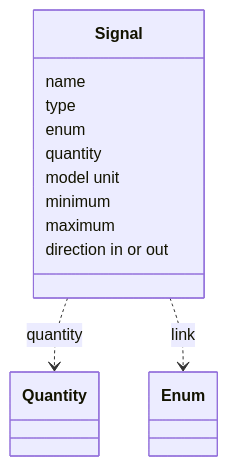
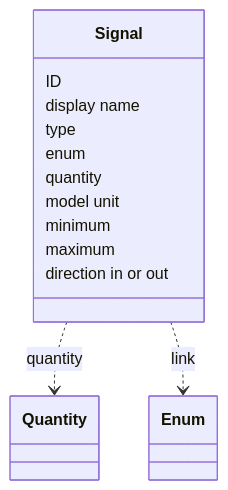
Before and after one commit to AlexandreGallais/synoptic-studio-spec: the first of 2 diagrams in metadata/04-signals.md, drawn with Mermaid. The commit also changed other lines of this file and 15 other files, not shown here.

First line of the commit message:
docs(spec): merge faceplate into presets and add signal display name

````diff
--- a/metadata/04-signals.md
+++ b/metadata/04-signals.md
@@ -33,17 +36,18 @@
 ```mermaid
 classDiagram
     class Signal {
-        name
+        ID
+        display name
         type
         enum
         quantity
         model unit
         minimum
         maximum
         direction in or out
     }
     class Quantity
     class Enum
     Signal ..> Quantity : quantity
     Signal ..> Enum : link
 ```
````
